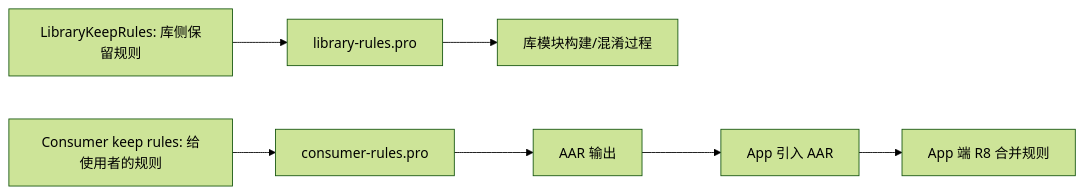
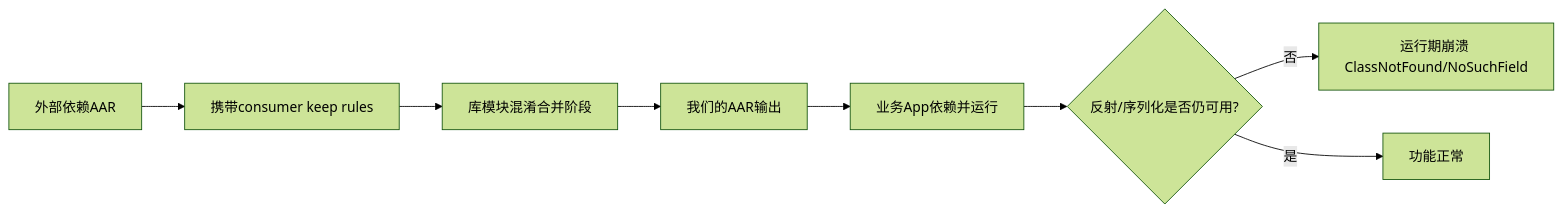
The first of 3 diagrams in AndroidDeveloperGuideStory/Contents/vol21/21.1.154 图书馆保管规则.md (Carrie-L/carrie-l.github.io), drawn with Mermaid (forest theme) before and after one commit. The commit also changed other lines of this file, not shown here.

Commit message:
feat(chapter-21.1.154): complete library keep rules chapter

````diff
--- a/AndroidDeveloperGuideStory/Contents/vol21/21.1.154 图书馆保管规则.md
+++ b/AndroidDeveloperGuideStory/Contents/vol21/21.1.154 图书馆保管规则.md
@@ -93,9 +69,10 @@
 ```mermaid
 flowchart LR
-    A[LibraryKeepRules: 库侧保留规则] --> B[library-rules.pro]
-    C[Consumer keep rules: 给使用者的规则] --> D[consumer-rules.pro]
-    B --> E[库模块构建/混淆过程]
-    D --> F[AAR 输出]
-    F --> G[App 引入 AAR]
-    G --> H[App 端 R8 合并规则]
+A[外部依赖AAR] --> B[携带consumer keep rules]
+B --> C[库模块混淆合并阶段]
+C --> D[我们的AAR输出]
+D --> E[业务App依赖并运行]
+E --> F{反射/序列化是否仍可用?}
+F -- 否 --> G[运行期崩溃 ClassNotFound/NoSuchField]
+F -- 是 --> H[功能正常]
 ```
````
